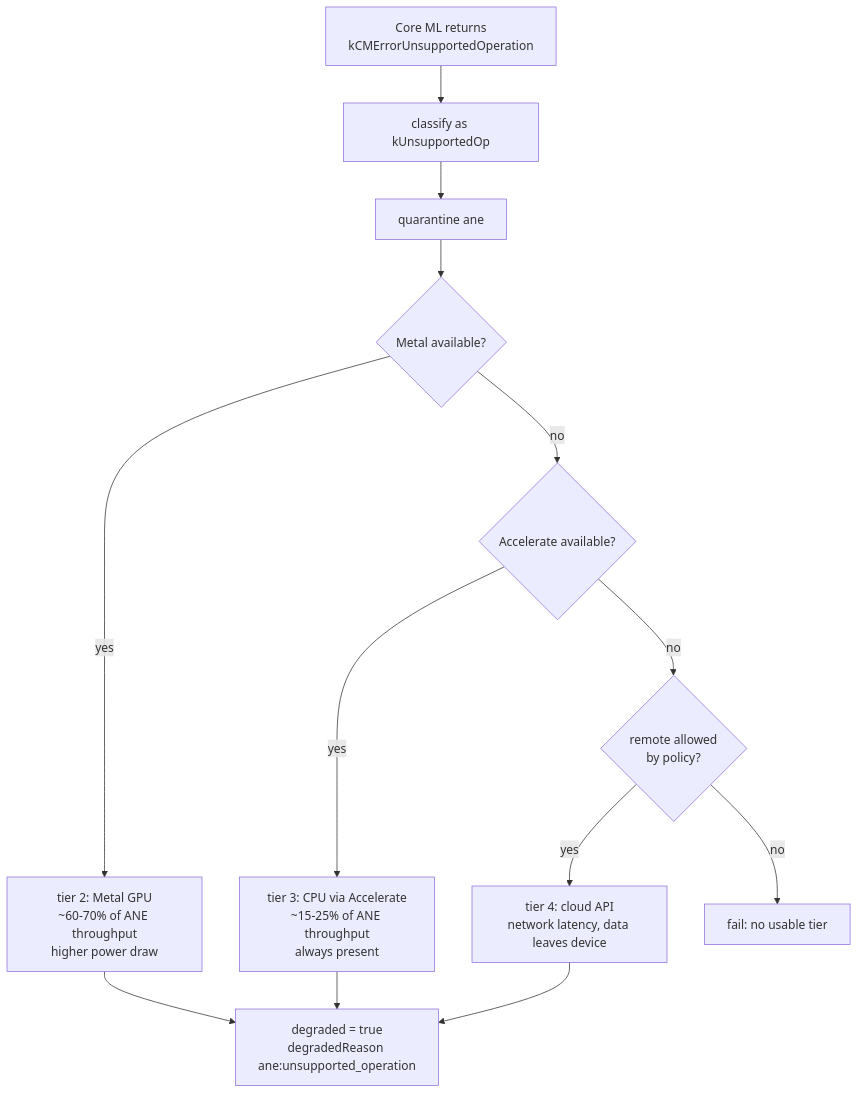
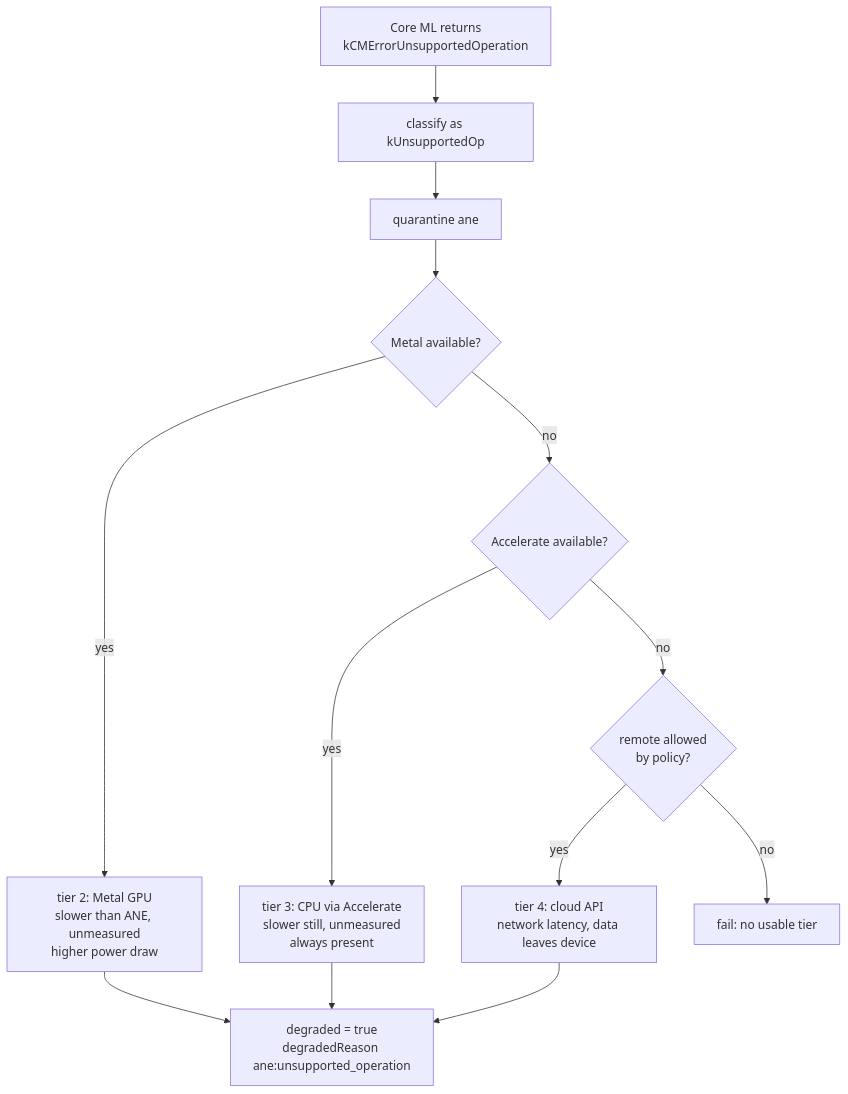
The fourth of 4 diagrams in docs/device-fallback.md (prawesh-12/serveInfer), drawn with Mermaid before and after one commit. The commit also changed other lines of this file and 996 other files, not shown here.

````diff
--- a/docs/device-fallback.md
+++ b/docs/device-fallback.md
@@ -120,15 +317,15 @@
 ```mermaid
 flowchart TD
     A[Core ML returns<br/>kCMErrorUnsupportedOperation] --> B[classify as kUnsupportedOp]
     B --> C[quarantine ane]
     C --> D{Metal available?}
-    D -- yes --> E[tier 2: Metal GPU<br/>~60-70% of ANE throughput<br/>higher power draw]
+    D -- yes --> E[tier 2: Metal GPU<br/>slower than ANE, unmeasured<br/>higher power draw]
     D -- no --> F{Accelerate available?}
-    F -- yes --> G[tier 3: CPU via Accelerate<br/>~15-25% of ANE throughput<br/>always present]
+    F -- yes --> G[tier 3: CPU via Accelerate<br/>slower still, unmeasured<br/>always present]
     F -- no --> H{remote allowed<br/>by policy?}
     H -- yes --> I[tier 4: cloud API<br/>network latency, data leaves device]
     H -- no --> J[fail: no usable tier]
     E --> K[degraded = true<br/>degradedReason ane:unsupported_operation]
     G --> K
     I --> K
 ```
````
